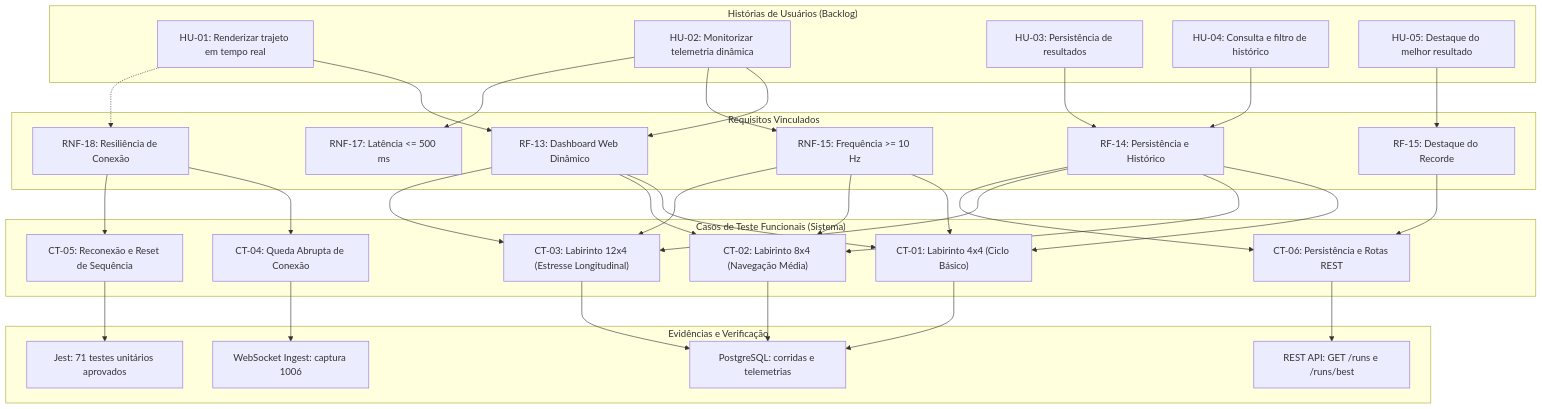
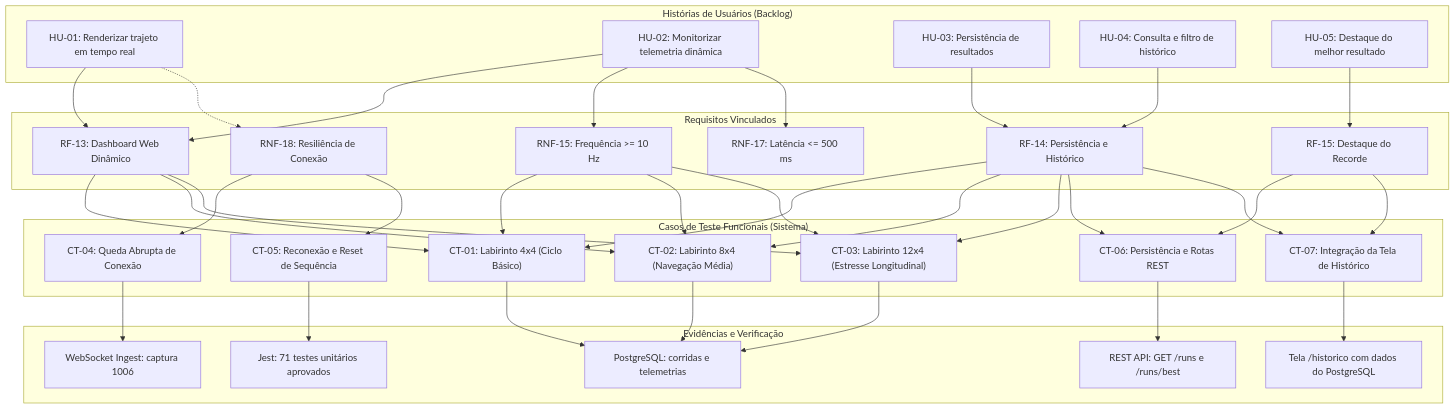
One commit to fcte-pi1/2026.2_PI1_Grupo2_Hilmer changed the first of 2 diagrams in docs/7.4 - Testes de software.md. Above: the diagram before and after it, drawn with Mermaid. The commit also changed other lines of this file, not shown here.

First line of the commit message:
docs: reinserir o CT-07 (tela de histórico) no 7.4 após o merge com a main

````diff
--- a/docs/7.4 - Testes de software.md
+++ b/docs/7.4 - Testes de software.md
@@ -34,68 +34,73 @@
 ```mermaid
 flowchart TD
     subgraph HUs["Histórias de Usuários (Backlog)"]
         HU1["HU-01: Renderizar trajeto em tempo real"]
         HU2["HU-02: Monitorizar telemetria dinâmica"]
         HU3["HU-03: Persistência de resultados"]
         HU4["HU-04: Consulta e filtro de histórico"]
         HU5["HU-05: Destaque do melhor resultado"]
     end
 
     subgraph REQS["Requisitos Vinculados"]
         RF13["RF-13: Dashboard Web Dinâmico"]
         RF14["RF-14: Persistência e Histórico"]
         RF15["RF-15: Destaque do Recorde"]
         RNF15["RNF-15: Frequência >= 10 Hz"]
         RNF17["RNF-17: Latência <= 500 ms"]
         RNF18["RNF-18: Resiliência de Conexão"]
     end
 
     subgraph TESTS["Casos de Teste Funcionais (Sistema)"]
         CT01["CT-01: Labirinto 4x4 (Ciclo Básico)"]
         CT02["CT-02: Labirinto 8x4 (Navegação Média)"]
         CT03["CT-03: Labirinto 12x4 (Estresse Longitudinal)"]
         CT04["CT-04: Queda Abrupta de Conexão"]
         CT05["CT-05: Reconexão e Reset de Sequência"]
         CT06["CT-06: Persistência e Rotas REST"]
+        CT07["CT-07: Integração da Tela de Histórico"]
     end
 
     subgraph OUT["Evidências e Verificação"]
         PASS1["PostgreSQL: corridas e telemetrias"]
         PASS2["WebSocket Ingest: captura 1006"]
         PASS3["REST API: GET /runs e /runs/best"]
         PASS4["Jest: 71 testes unitários aprovados"]
+        PASS5["Tela /historico com dados do PostgreSQL"]
     end
 
     HU1 --> RF13
     HU2 --> RF13
     HU2 --> RNF15
     HU2 --> RNF17
     HU3 --> RF14
     HU4 --> RF14
     HU5 --> RF15
     HU1 -.-> RNF18
 
     RF13 --> CT01
     RF13 --> CT02
     RF13 --> CT03
 
     RF14 --> CT01
     RF14 --> CT02
     RF14 --> CT03
     RF14 --> CT06
+    RF14 --> CT07
 
     RF15 --> CT06
+    RF15 --> CT07
     RNF15 --> CT01
     RNF15 --> CT02
     RNF15 --> CT03
 
     RNF18 --> CT04
     RNF18 --> CT05
 
     CT01 --> PASS1
     CT02 --> PASS1
     CT03 --> PASS1
     CT04 --> PASS2
     CT05 --> PASS4
     CT06 --> PASS3
+    CT07 --> PASS5
 ```
````
